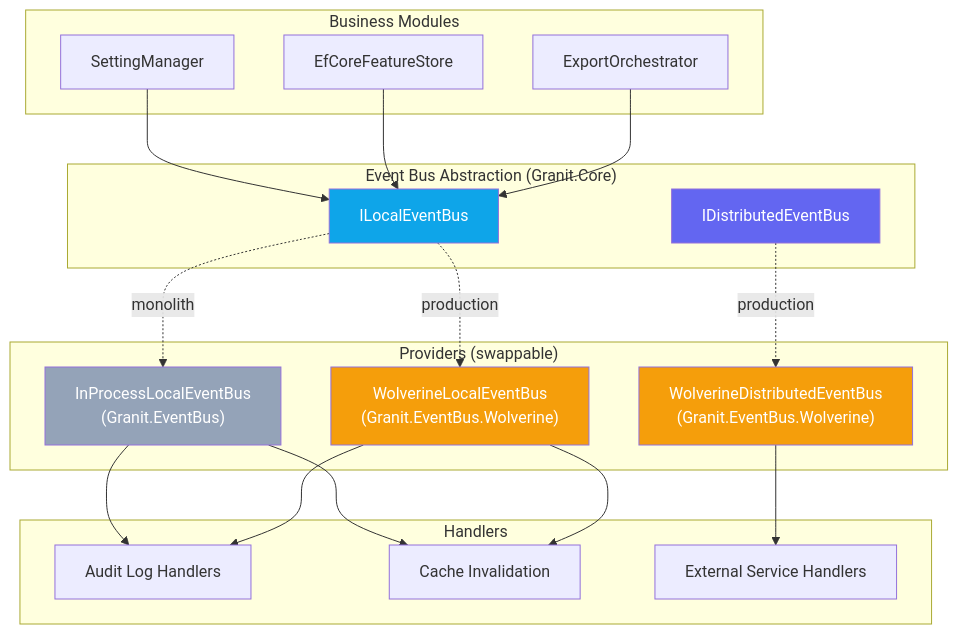
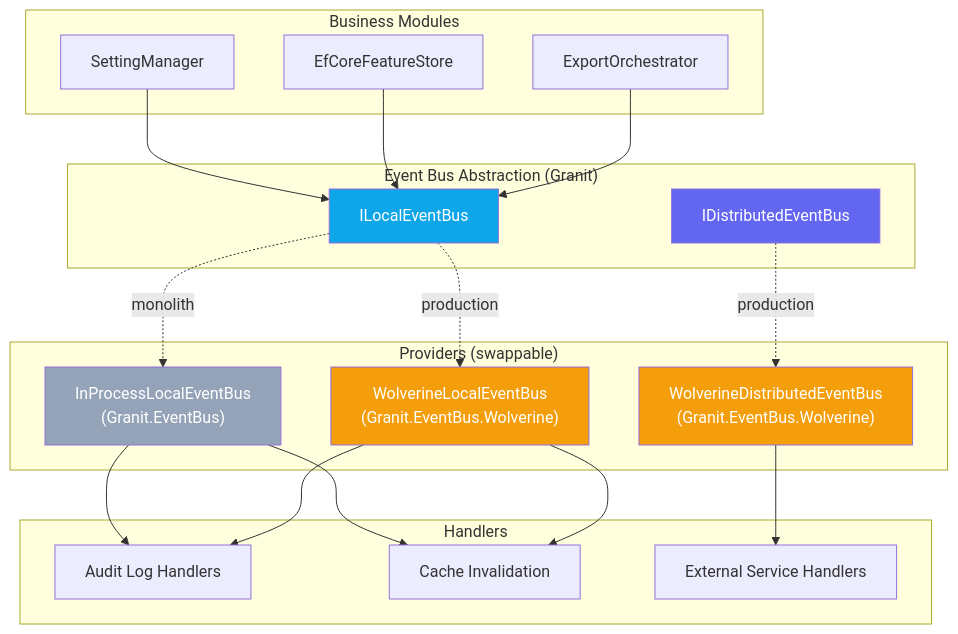
The third of 3 diagrams in docs-site/src/content/docs/dotnet/infrastructure/event-bus.mdx (granit-fx/granit-dotnet), drawn with Mermaid before and after one commit. The commit also changed other lines of this file and 153 other files, not shown here.

````diff
--- a/docs-site/src/content/docs/dotnet/infrastructure/event-bus.mdx
+++ b/docs-site/src/content/docs/dotnet/infrastructure/event-bus.mdx
@@ -458,45 +458,45 @@
 ```mermaid
 graph TD
     subgraph "Business Modules"
         SM[SettingManager]
         FS[EfCoreFeatureStore]
         EO[ExportOrchestrator]
     end
 
-    subgraph "Event Bus Abstraction (Granit.Core)"
+    subgraph "Event Bus Abstraction (Granit)"
         LEB[ILocalEventBus]
         DEB[IDistributedEventBus]
     end
 
     subgraph "Providers (swappable)"
         IP["InProcessLocalEventBus\n(Granit.EventBus)"]
         WL["WolverineLocalEventBus\n(Granit.EventBus.Wolverine)"]
         WD["WolverineDistributedEventBus\n(Granit.EventBus.Wolverine)"]
     end
 
     subgraph "Handlers"
         AH[Audit Log Handlers]
         CH[Cache Invalidation]
         EH[External Service Handlers]
     end
 
     SM --> LEB
     FS --> LEB
     EO --> LEB
 
     LEB -.->|monolith| IP
     LEB -.->|production| WL
     DEB -.->|production| WD
 
     IP --> AH
     IP --> CH
     WL --> AH
     WL --> CH
     WD --> EH
 
     style LEB fill:#0ea5e9,color:#fff
     style DEB fill:#6366f1,color:#fff
     style IP fill:#94a3b8,color:#fff
     style WL fill:#f59e0b,color:#fff
     style WD fill:#f59e0b,color:#fff
 ```
````
